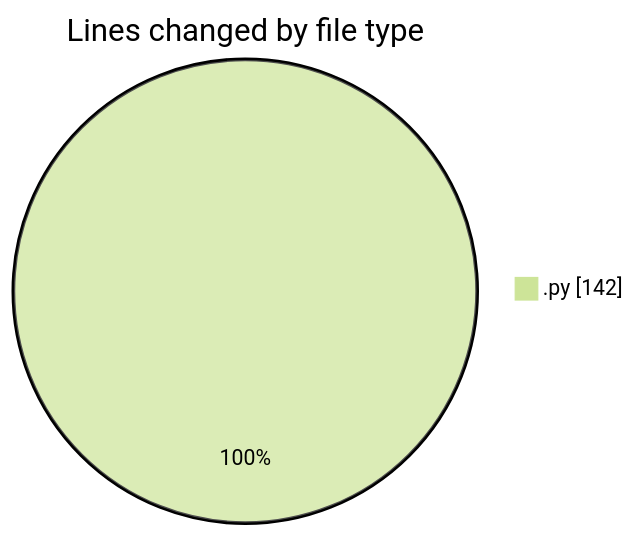
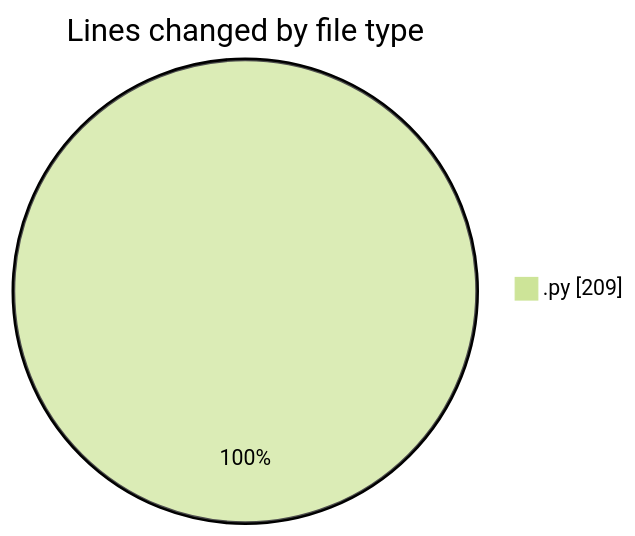
The first of 2 diagrams in 2026-01-21/testtrexima/README.md (MatusMokan/code-tracking), drawn with Mermaid (forest theme) before and after one commit. The commit also changed other lines of this file and 1 other file, not shown here.

````diff
--- a/2026-01-21/testtrexima/README.md
+++ b/2026-01-21/testtrexima/README.md
@@ -20,5 +20,5 @@
 ```mermaid
 pie showData
 title Lines changed by file type
-".py" : 142
+".py" : 209
 ```
````
